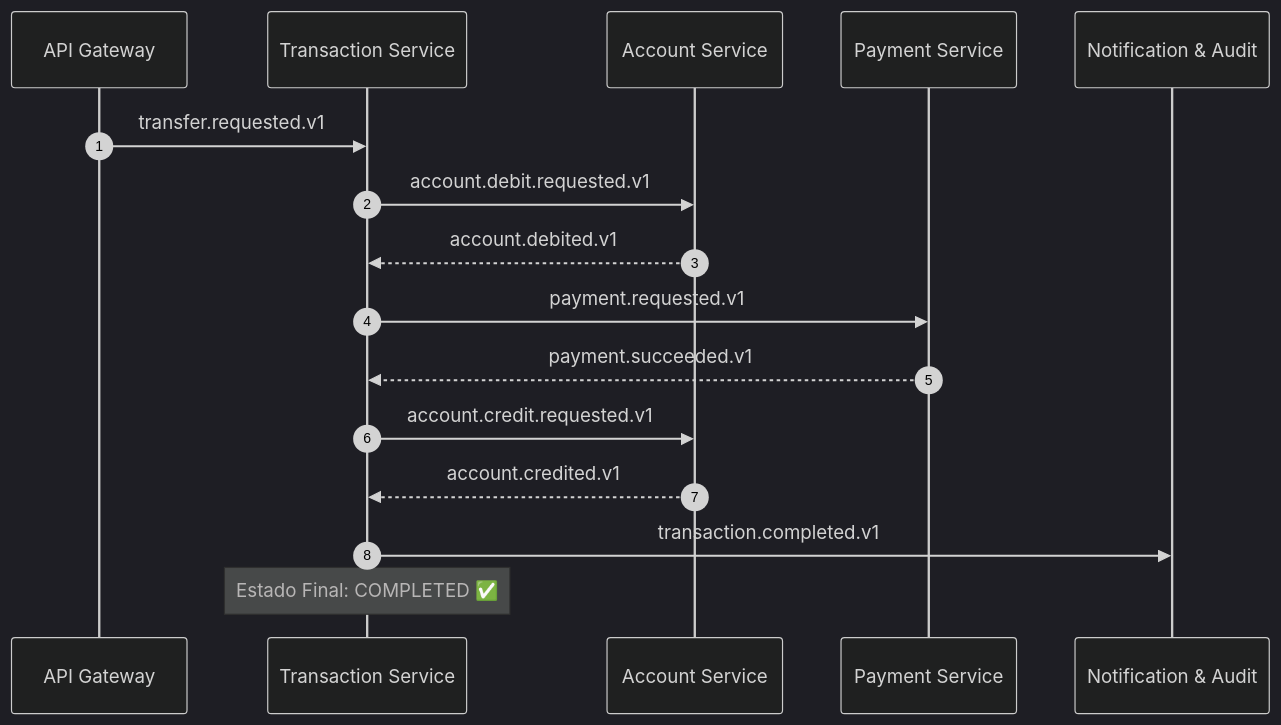
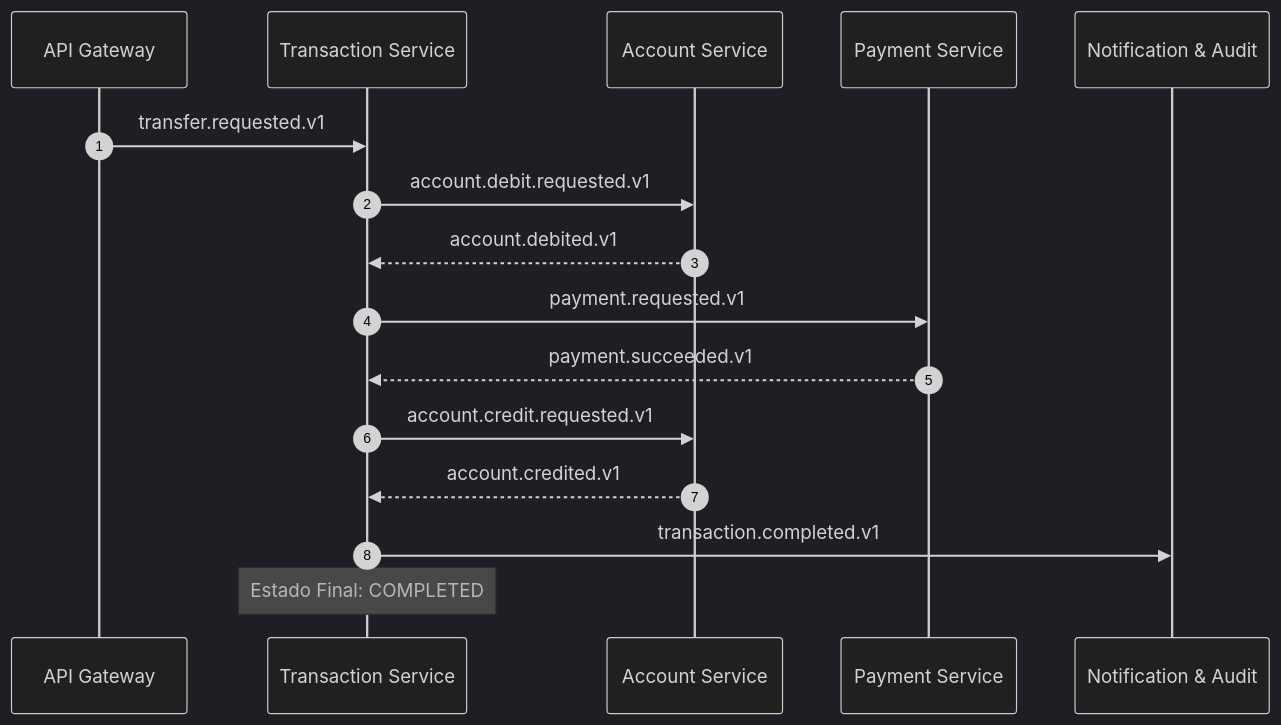
Before and after one commit to marcosbondel/Proyecto-SA-B-2: the first of 2 diagrams in docs/happypath.md, drawn with Mermaid (dark theme). The commit also changed other lines of this file, not shown here.

````diff
--- a/docs/happypath.md
+++ b/docs/happypath.md
@@ -255,19 +255,19 @@
 ```mermaid
 sequenceDiagram
     autonumber
     participant GW as API Gateway
     participant TX as Transaction Service
     participant ACC as Account Service
     participant PAY as Payment Service
     participant AUD as Notification & Audit
 
     GW->>TX: transfer.requested.v1
     TX->>ACC: account.debit.requested.v1
     ACC-->>TX: account.debited.v1
     TX->>PAY: payment.requested.v1
     PAY-->>TX: payment.succeeded.v1
     TX->>ACC: account.credit.requested.v1
     ACC-->>TX: account.credited.v1
     TX->>AUD: transaction.completed.v1
-    Note over TX: Estado Final: COMPLETED ✅
+    Note over TX: Estado Final: COMPLETED
 ```
````
